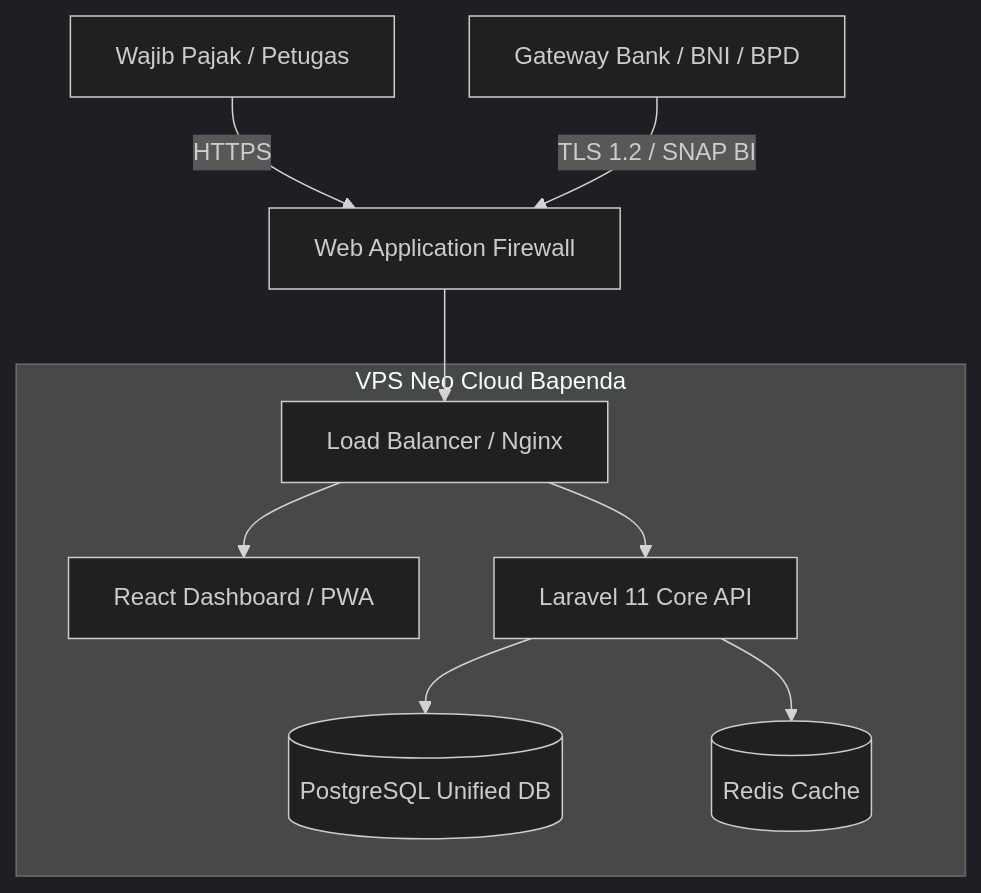
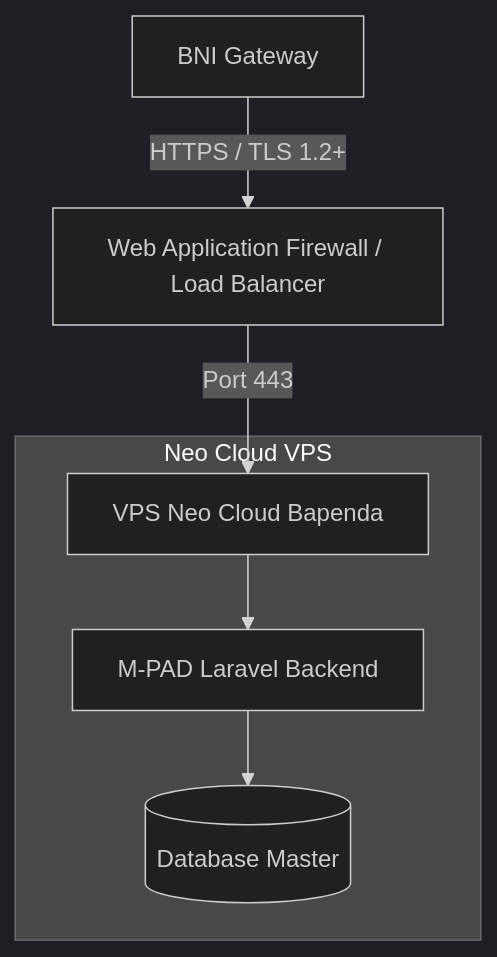
The first of 6 diagrams in docs/Dokumen_Perencanaan_Sistem_Pendapatan_Baubau.md (arif-rizal1122/retribusi-api), drawn with Mermaid (dark theme) before and after one commit. The commit also changed other lines of this file, not shown here.

```diff
--- a/docs/Dokumen_Perencanaan_Sistem_Pendapatan_Baubau.md
+++ b/docs/Dokumen_Perencanaan_Sistem_Pendapatan_Baubau.md
@@ -64,15 +22,10 @@
 <div class="mermaid">
 graph TD
-    Client[Wajib Pajak / Petugas] -->|HTTPS| WAF[Web Application Firewall]
-    Gateway[Gateway Bank / BNI / BPD] -->|TLS 1.2 / SNAP BI| WAF
+    Client[BNI Gateway] -->|HTTPS / TLS 1.2+| WAF[Web Application Firewall / Load Balancer]
+    WAF -->|Port 443| Server[VPS Neo Cloud Bapenda]
     
-    WAF --> LoadBalancer[Load Balancer / Nginx]
-    
-    subgraph VPS Neo Cloud Bapenda
-        LoadBalancer --> Frontend[React Dashboard / PWA]
-        LoadBalancer --> Backend[Laravel 11 Core API]
-        
-        Backend --> DB[(PostgreSQL Unified DB)]
-        Backend --> Redis[(Redis Cache)]
+    subgraph Neo Cloud VPS
+        Server --> App[M-PAD Laravel Backend]
+        App --> DB[(Database Master)]
     end
 </div>
```
